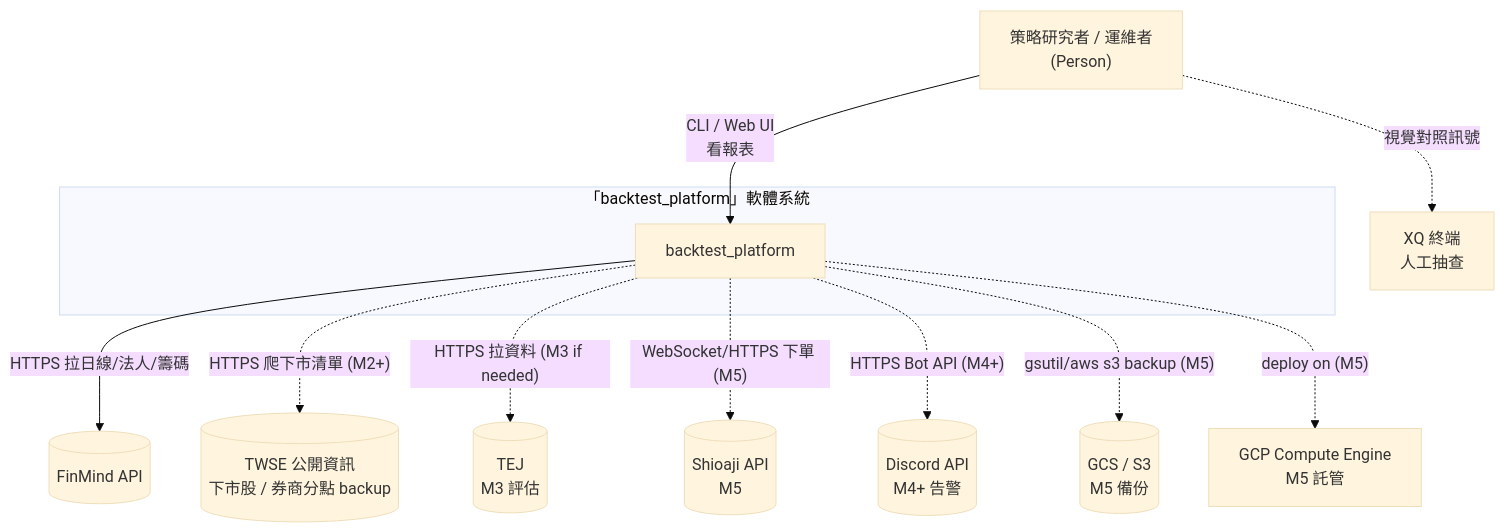
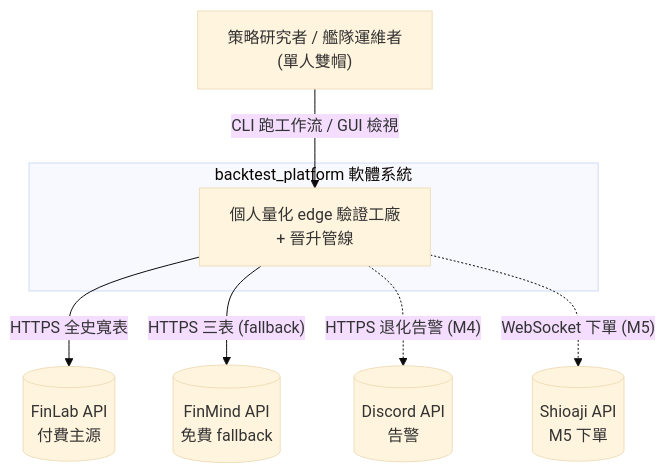
Before and after one commit to Zenobia000/Quantitative_Trading: the first of 7 diagrams in dev_docs/05_architecture_and_design_document.md, drawn with Mermaid (base theme). The commit also changed other lines of this file and 51 other files, not shown here.

````diff
--- a/dev_docs/05_architecture_and_design_document.md
+++ b/dev_docs/05_architecture_and_design_document.md
@@ -103,27 +51,19 @@
 ```mermaid
 flowchart TB
-    user["策略研究者 / 運維者<br/>(Person)"]
+    user["策略研究者 / 艦隊運維者<br/>(單人雙帽)"]
 
-    subgraph boundary["「backtest_platform」軟體系統"]
-        sys["backtest_platform"]
+    subgraph boundary["backtest_platform 軟體系統"]
+        sys["個人量化 edge 驗證工廠<br/>+ 晉升管線"]
     end
 
-    finmind[("FinMind API")]
-    twse[("TWSE 公開資訊<br/>下市股 / 券商分點 backup")]
-    tej[("TEJ<br/>M3 評估")]
-    xq["XQ 終端<br/>人工抽查"]
-    shioaji[("Shioaji API<br/>M5")]
-    discord[("Discord API<br/>M4+ 告警")]
-    gcs[("GCS / S3<br/>M5 備份")]
-    gcp["GCP Compute Engine<br/>M5 託管"]
+    finlab[("FinLab API<br/>付費主源")]
+    finmind[("FinMind API<br/>免費 fallback")]
+    discord[("Discord API<br/>告警")]
+    shioaji[("Shioaji API<br/>M5 下單")]
 
-    user -->|"CLI / Web UI<br/>看報表"| sys
-    sys -->|"HTTPS 拉日線/法人/籌碼"| finmind
-    sys -.->|"HTTPS 爬下市清單 (M2+)"| twse
-    sys -.->|"HTTPS 拉資料 (M3 if needed)"| tej
-    sys -.->|"WebSocket/HTTPS 下單 (M5)"| shioaji
-    sys -.->|"HTTPS Bot API (M4+)"| discord
-    sys -.->|"gsutil/aws s3 backup (M5)"| gcs
-    sys -.->|"deploy on (M5)"| gcp
-    user -.->|"視覺對照訊號"| xq
+    user -->|"CLI 跑工作流 / GUI 檢視"| sys
+    sys -->|"HTTPS 全史寬表"| finlab
+    sys -->|"HTTPS 三表 (fallback)"| finmind
+    sys -.->|"HTTPS 退化告警 (M4)"| discord
+    sys -.->|"WebSocket 下單 (M5)"| shioaji
 ```
````
